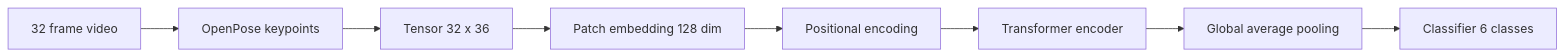
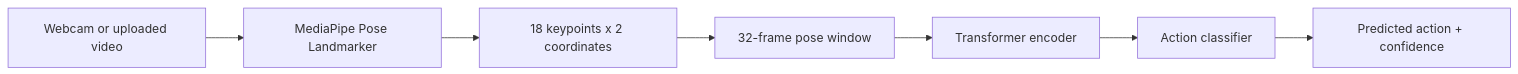
One commit to faizdevx/ActionSnap- changed the diagram in README.md. Above: the diagram before and after it, drawn with Mermaid. The commit also changed other lines of this file and 12 other files, not shown here.

````diff
--- a/README.md
+++ b/README.md
@@ -29,10 +72,9 @@
 ```mermaid
 graph LR
-A[32 frame video] --> B[OpenPose keypoints]
-B --> C[Tensor 32 x 36]
-C --> D[Patch embedding 128 dim]
-D --> E[Positional encoding]
-E --> F[Transformer encoder]
-F --> G[Global average pooling]
-G --> H[Classifier 6 classes]
+    A[Webcam or uploaded video] --> B[MediaPipe Pose Landmarker]
+    B --> C[18 keypoints x 2 coordinates]
+    C --> D[32-frame pose window]
+    D --> E[Transformer encoder]
+    E --> F[Action classifier]
+    F --> G[Predicted action + confidence]
 ```
````
